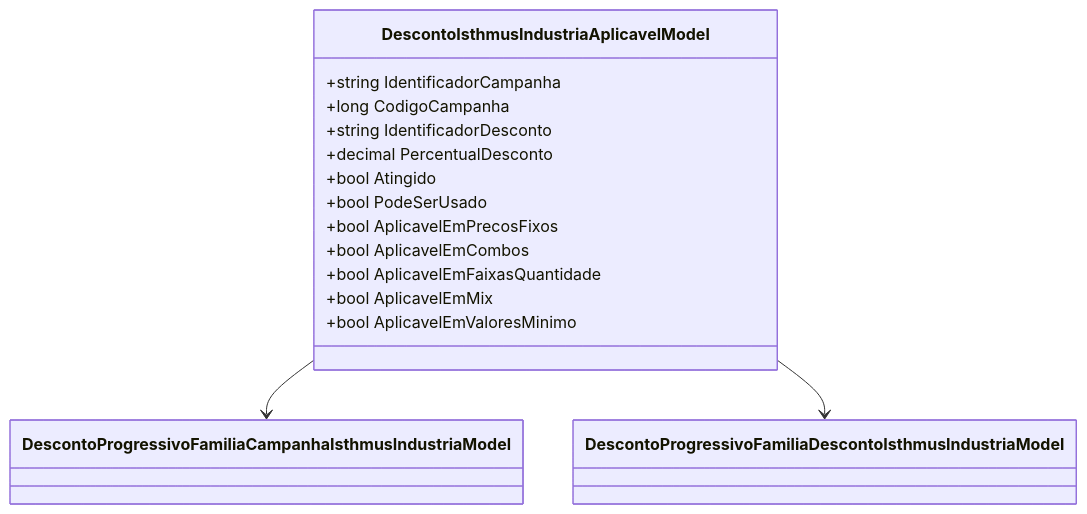
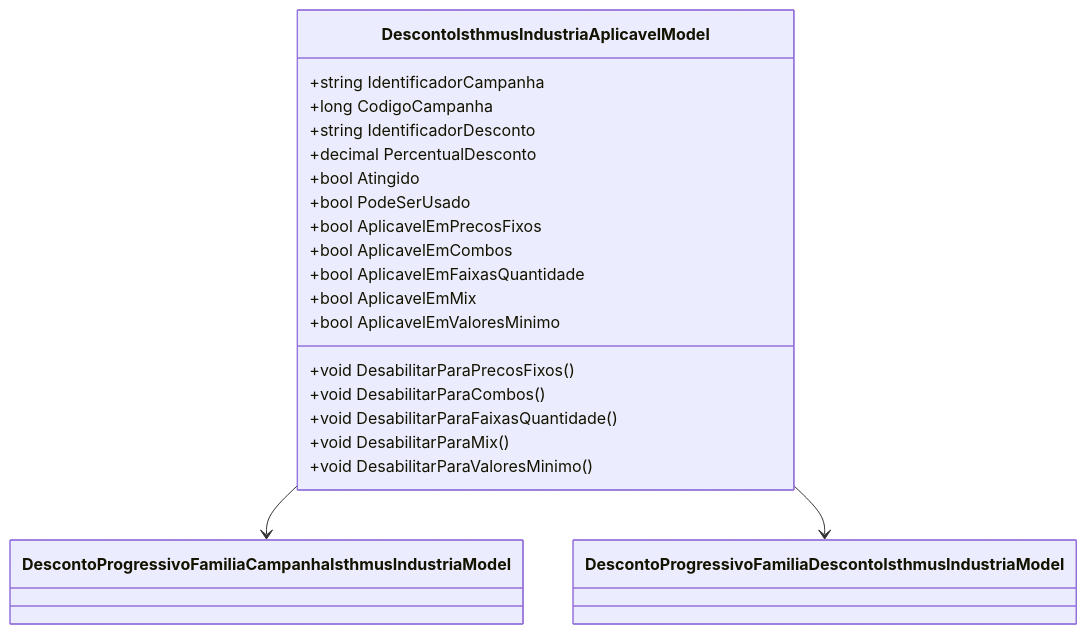
Before and after one commit to IsthmusSistemas/documentacao-tecnica: the diagram in docs/b2b-dominio/IsthmusWinthor.Nucleo/IsthmusWinthor.Dominio/POCO/Precos/IsthmusIndustrias/CondicoesComerciais/DescontosProgressivosFamilias/DescontoIsthmusIndustriaAplicavelModel.md, drawn with Mermaid. The commit also changed other lines of this file and 882 other files, not shown here.

````diff
--- a/docs/b2b-dominio/IsthmusWinthor.Nucleo/IsthmusWinthor.Dominio/POCO/Precos/IsthmusIndustrias/CondicoesComerciais/DescontosProgressivosFamilias/DescontoIsthmusIndustriaAplicavelModel.md
+++ b/docs/b2b-dominio/IsthmusWinthor.Nucleo/IsthmusWinthor.Dominio/POCO/Precos/IsthmusIndustrias/CondicoesComerciais/DescontosProgressivosFamilias/DescontoIsthmusIndustriaAplicavelModel.md
@@ -62,19 +48,23 @@
 ```mermaid
 classDiagram
     class DescontoIsthmusIndustriaAplicavelModel {
         +string IdentificadorCampanha
         +long CodigoCampanha
         +string IdentificadorDesconto
         +decimal PercentualDesconto
         +bool Atingido
         +bool PodeSerUsado
         +bool AplicavelEmPrecosFixos
         +bool AplicavelEmCombos
         +bool AplicavelEmFaixasQuantidade
         +bool AplicavelEmMix
         +bool AplicavelEmValoresMinimo
+        +void DesabilitarParaPrecosFixos()
+        +void DesabilitarParaCombos()
+        +void DesabilitarParaFaixasQuantidade()
+        +void DesabilitarParaMix()
+        +void DesabilitarParaValoresMinimo()
     }
-
     DescontoIsthmusIndustriaAplicavelModel --> DescontoProgressivoFamiliaCampanhaIsthmusIndustriaModel
     DescontoIsthmusIndustriaAplicavelModel --> DescontoProgressivoFamiliaDescontoIsthmusIndustriaModel
 ```
````
